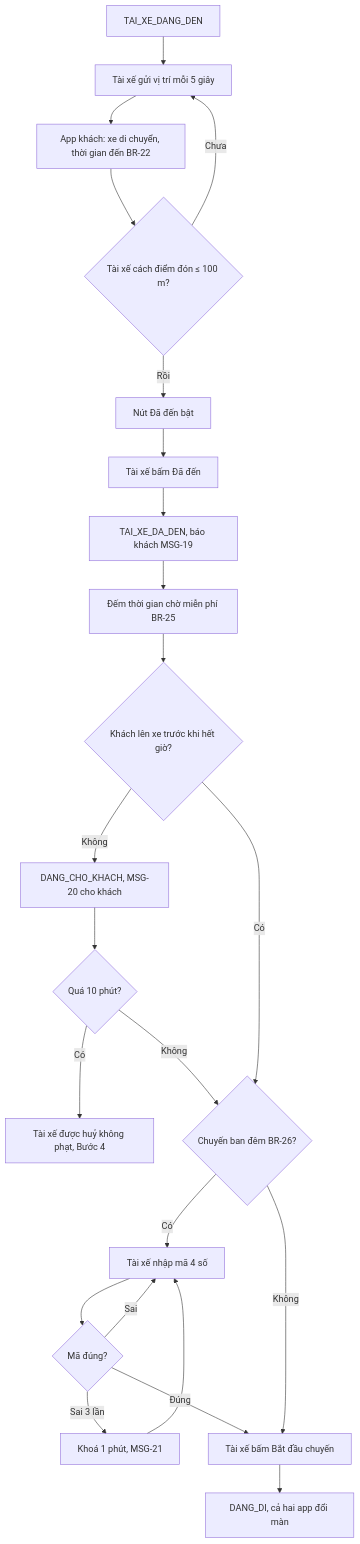
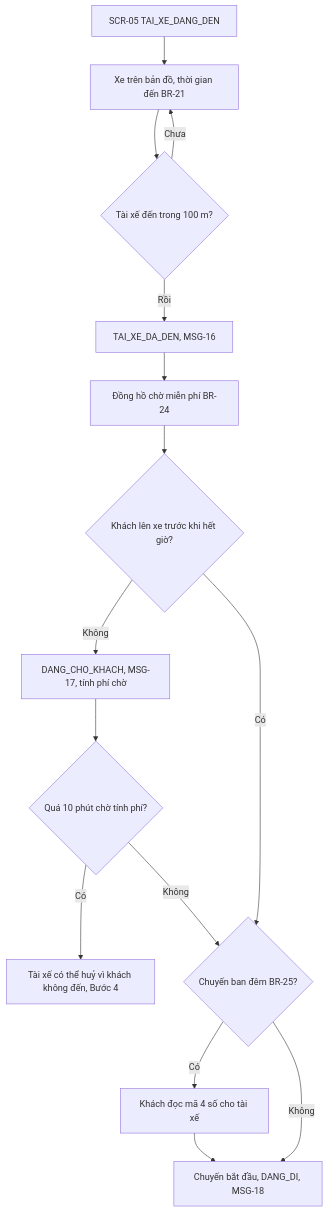
Before and after one commit to uxfoundation-vn/de05-dat-xe-cho-khach: the ninth of 20 diagrams in docs/SRS.md, drawn with Mermaid. The commit also changed other lines of this file and 2 other files, not shown here.

First line of the commit message:
Đề 5: chỉ giữ luồng của khách

````diff
--- a/docs/SRS.md
+++ b/docs/SRS.md
@@ -510,24 +436,16 @@
 ```mermaid
 flowchart TD
-  A["TAI_XE_DANG_DEN"] --> B["Tài xế gửi vị trí mỗi 5 giây"]
-  B --> C["App khách: xe di chuyển, thời gian đến BR-22"]
-  C --> D{"Tài xế cách điểm đón ≤ 100 m?"}
-  D -->|Chưa| B
-  D -->|Rồi| E["Nút Đã đến bật"]
-  E --> F["Tài xế bấm Đã đến"]
-  F --> G["TAI_XE_DA_DEN, báo khách MSG-19"]
-  G --> H["Đếm thời gian chờ miễn phí BR-25"]
-  H --> I{"Khách lên xe trước khi hết giờ?"}
-  I -->|Không| J["DANG_CHO_KHACH, MSG-20 cho khách"]
-  J --> K{"Quá 10 phút?"}
-  K -->|Có| L["Tài xế được huỷ không phạt, Bước 4"]
-  K -->|Không| M
-  I -->|Có| M{"Chuyến ban đêm BR-26?"}
-  M -->|Có| N["Tài xế nhập mã 4 số"]
-  N --> O{"Mã đúng?"}
-  O -->|Sai 3 lần| O1["Khoá 1 phút, MSG-21"] --> N
-  O -->|Sai| N
-  O -->|Đúng| P
-  M -->|Không| P["Tài xế bấm Bắt đầu chuyến"]
-  P --> Q["DANG_DI, cả hai app đổi màn"]
+  A["SCR-05 TAI_XE_DANG_DEN"] --> B["Xe trên bản đồ, thời gian đến BR-21"]
+  B --> C{"Tài xế đến trong 100 m?"}
+  C -->|Chưa| B
+  C -->|Rồi| D["TAI_XE_DA_DEN, MSG-16"]
+  D --> E["Đồng hồ chờ miễn phí BR-24"]
+  E --> F{"Khách lên xe trước khi hết giờ?"}
+  F -->|Không| G["DANG_CHO_KHACH, MSG-17, tính phí chờ"]
+  G --> H{"Quá 10 phút chờ tính phí?"}
+  H -->|Có| H1["Tài xế có thể huỷ vì khách không đến, Bước 4"]
+  H -->|Không| I
+  F -->|Có| I{"Chuyến ban đêm BR-25?"}
+  I -->|Có| J["Khách đọc mã 4 số cho tài xế"] --> K
+  I -->|Không| K["Chuyến bắt đầu, DANG_DI, MSG-18"]
 ```
````
